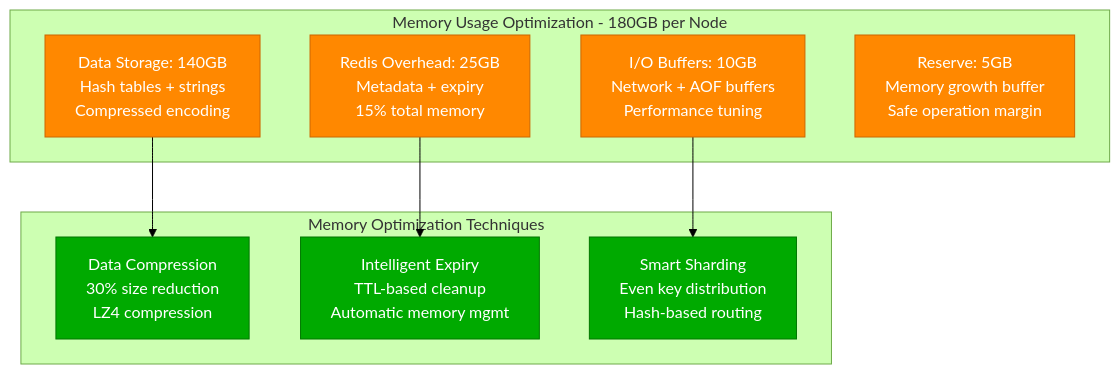
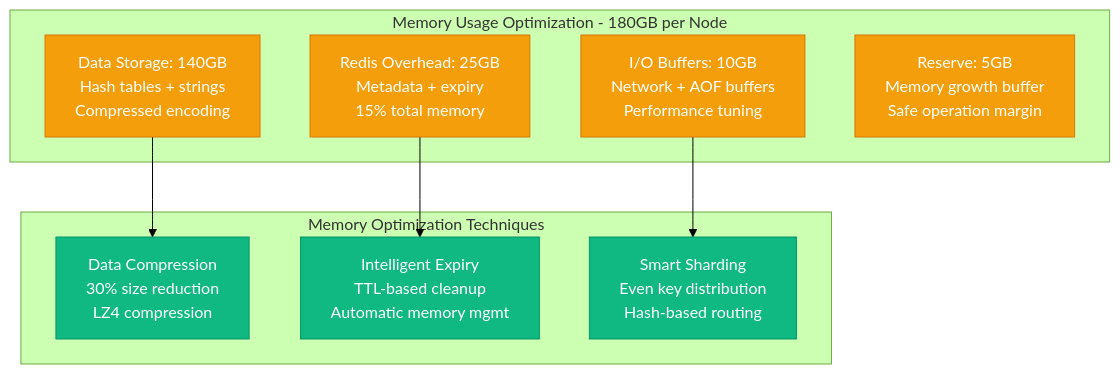
One commit to deepaucksharma/DS changed the third of 7 diagrams in site/docs/performance/redis-1m-qps-performance.md. Above: the diagram before and after it, drawn with Mermaid (forest theme). The commit also changed other lines of this file and 187 other files, not shown here.

````diff
--- a/site/docs/performance/redis-1m-qps-performance.md
+++ b/site/docs/performance/redis-1m-qps-performance.md
@@ -104,25 +104,25 @@
 ```mermaid
 graph TB
     subgraph MemoryOptimization[Memory Usage Optimization - 180GB per Node]
         DATA[Data Storage: 140GB<br/>Hash tables + strings<br/>Compressed encoding]
         OVERHEAD[Redis Overhead: 25GB<br/>Metadata + expiry<br/>15% total memory]
         BUFFER[I/O Buffers: 10GB<br/>Network + AOF buffers<br/>Performance tuning]
         RESERVE[Reserve: 5GB<br/>Memory growth buffer<br/>Safe operation margin]
     end
 
     subgraph Techniques[Memory Optimization Techniques]
         COMP[Data Compression<br/>30% size reduction<br/>LZ4 compression]
         EXP[Intelligent Expiry<br/>TTL-based cleanup<br/>Automatic memory mgmt]
         SHARD[Smart Sharding<br/>Even key distribution<br/>Hash-based routing]
     end
 
     DATA --> COMP
     OVERHEAD --> EXP
     BUFFER --> SHARD
 
-    classDef memoryStyle fill:#FF8800,stroke:#CC6600,color:#fff
-    classDef techniqueStyle fill:#00AA00,stroke:#007700,color:#fff
+    classDef memoryStyle fill:#F59E0B,stroke:#D97706,color:#fff
+    classDef techniqueStyle fill:#10B981,stroke:#059669,color:#fff
 
     class DATA,OVERHEAD,BUFFER,RESERVE memoryStyle
     class COMP,EXP,SHARD techniqueStyle
 ```
````
